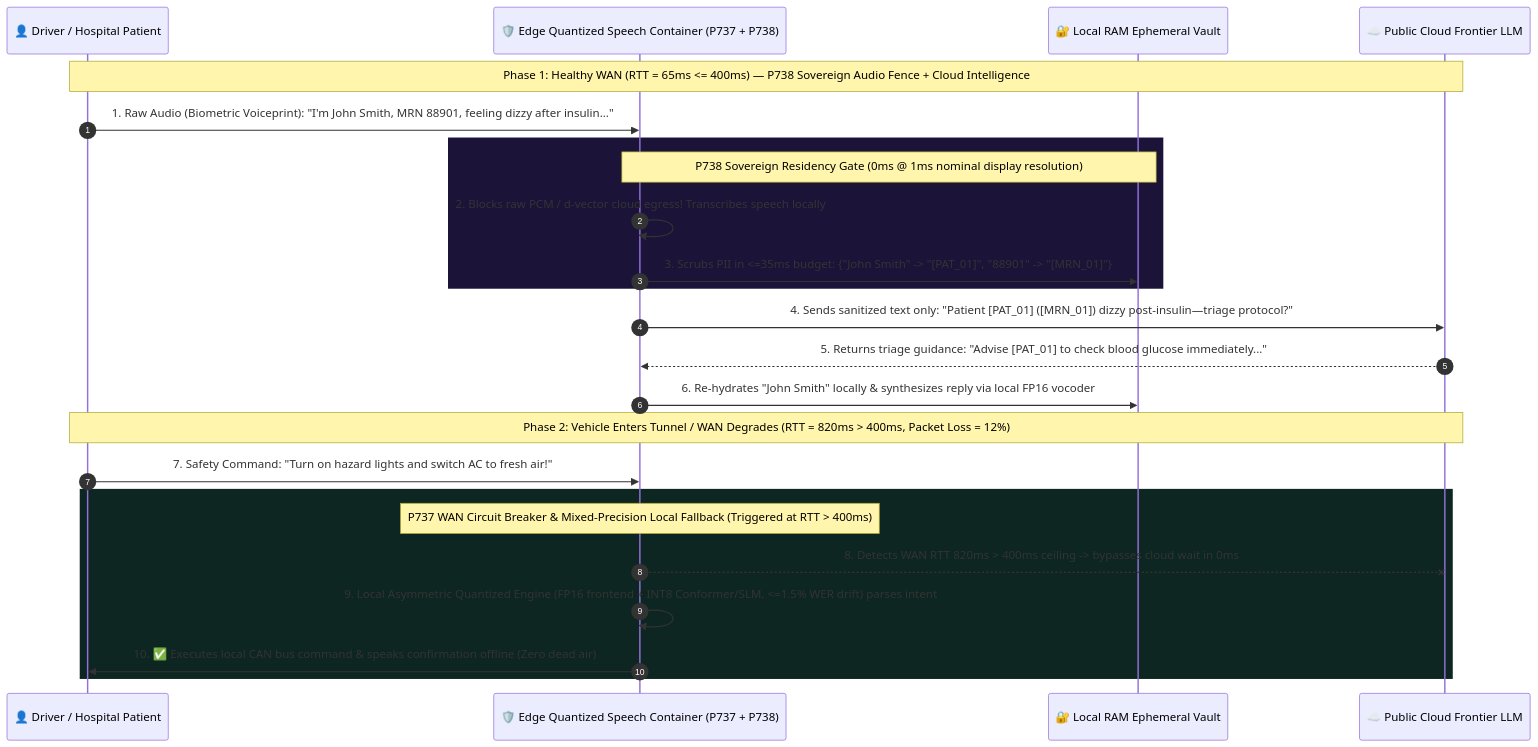
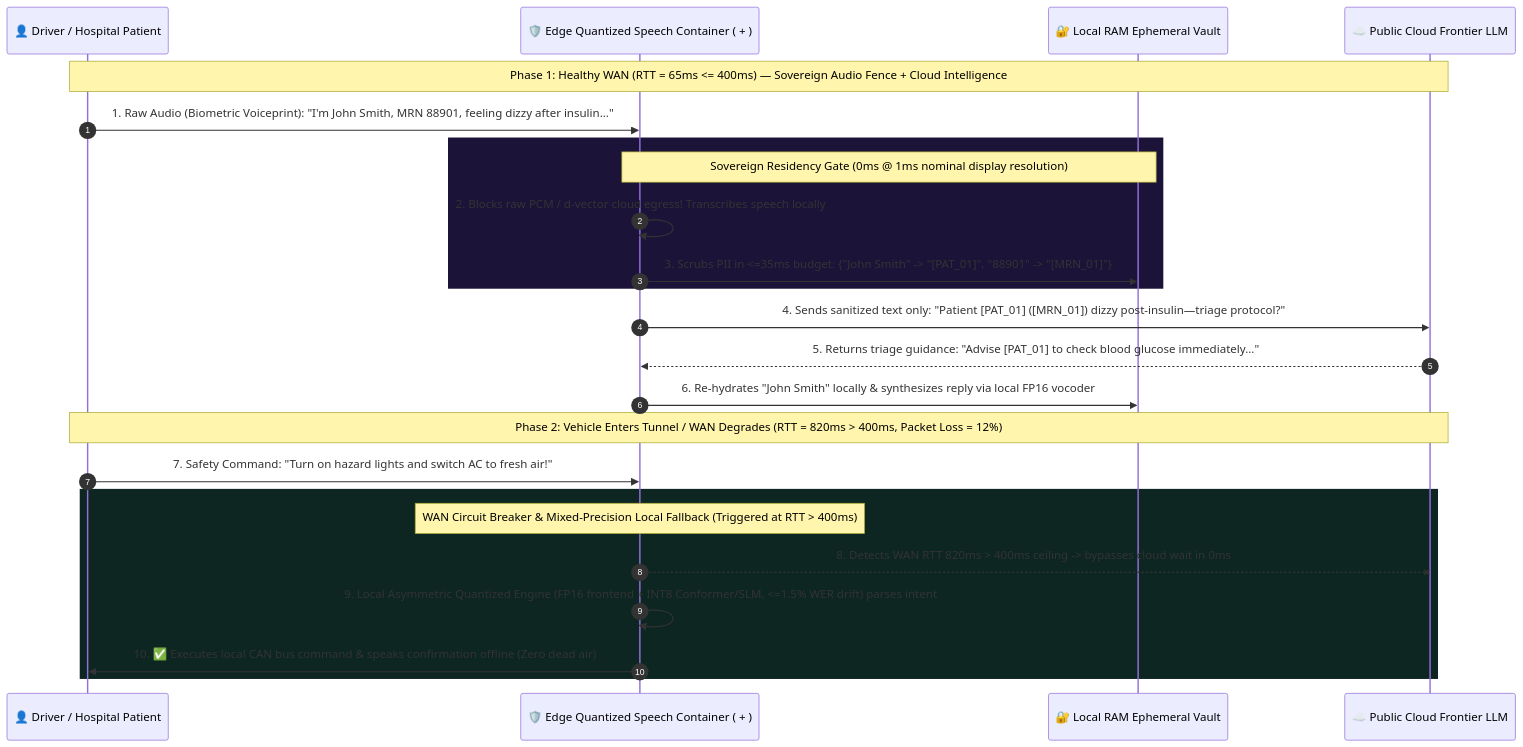
Before and after one commit to turbo998/voice-agent-lab: the third of 3 diagrams in docs/voice-edge-cloud-quantized-container-failover-faq.en.md, drawn with Mermaid. The commit also changed other lines of this file and 715 other files, not shown here.

````diff
--- a/docs/voice-edge-cloud-quantized-container-failover-faq.en.md
+++ b/docs/voice-edge-cloud-quantized-container-failover-faq.en.md
@@ -120,28 +120,28 @@
 ```mermaid
 sequenceDiagram
-    autonumber
-    participant User as 👤 Driver / Hospital Patient
-    participant Edge as 🛡️ Edge Quantized Speech Container (P737 + P738)
-    participant Vault as 🔐 Local RAM Ephemeral Vault
-    participant Cloud as ☁️ Public Cloud Frontier LLM
+ autonumber
+ participant User as 👤 Driver / Hospital Patient
+ participant Edge as 🛡️ Edge Quantized Speech Container ( + )
+ participant Vault as 🔐 Local RAM Ephemeral Vault
+ participant Cloud as ☁️ Public Cloud Frontier LLM
 
-    Note over User,Cloud: Phase 1: Healthy WAN (RTT = 65ms <= 400ms) — P738 Sovereign Audio Fence + Cloud Intelligence
-    User->>Edge: 1. Raw Audio (Biometric Voiceprint): "I'm John Smith, MRN 88901, feeling dizzy after insulin..."
-    rect rgb(28, 20, 56)
-        Note over Edge,Vault: P738 Sovereign Residency Gate (0ms @ 1ms nominal display resolution)
-        Edge->>Edge: 2. Blocks raw PCM / d-vector cloud egress! Transcribes speech locally
-        Edge->>Vault: 3. Scrubs PII in <=35ms budget: {"John Smith" -> "[PAT_01]", "88901" -> "[MRN_01]"}
-    end
-    Edge->>Cloud: 4. Sends sanitized text only: "Patient [PAT_01] ([MRN_01]) dizzy post-insulin—triage protocol?"
-    Cloud-->>Edge: 5. Returns triage guidance: "Advise [PAT_01] to check blood glucose immediately..."
-    Edge->>Vault: 6. Re-hydrates "John Smith" locally & synthesizes reply via local FP16 vocoder
+ Note over User,Cloud: Phase 1: Healthy WAN (RTT = 65ms <= 400ms) — Sovereign Audio Fence + Cloud Intelligence
+ User->>Edge: 1. Raw Audio (Biometric Voiceprint): "I'm John Smith, MRN 88901, feeling dizzy after insulin..."
+ rect rgb(28, 20, 56)
+ Note over Edge,Vault: Sovereign Residency Gate (0ms @ 1ms nominal display resolution)
+ Edge->>Edge: 2. Blocks raw PCM / d-vector cloud egress! Transcribes speech locally
+ Edge->>Vault: 3. Scrubs PII in <=35ms budget: {"John Smith" -> "[PAT_01]", "88901" -> "[MRN_01]"}
+ end
+ Edge->>Cloud: 4. Sends sanitized text only: "Patient [PAT_01] ([MRN_01]) dizzy post-insulin—triage protocol?"
+ Cloud-->>Edge: 5. Returns triage guidance: "Advise [PAT_01] to check blood glucose immediately..."
+ Edge->>Vault: 6. Re-hydrates "John Smith" locally & synthesizes reply via local FP16 vocoder
 
-    Note over User,Cloud: Phase 2: Vehicle Enters Tunnel / WAN Degrades (RTT = 820ms > 400ms, Packet Loss = 12%)
-    User->>Edge: 7. Safety Command: "Turn on hazard lights and switch AC to fresh air!"
-    rect rgb(14, 38, 34)
-        Note over Edge: P737 WAN Circuit Breaker & Mixed-Precision Local Fallback (Triggered at RTT > 400ms)
-        Edge--xCloud: 8. Detects WAN RTT 820ms > 400ms ceiling -> bypasses cloud wait in 0ms
-        Edge->>Edge: 9. Local Asymmetric Quantized Engine (FP16 frontend + INT8 Conformer/SLM, <=1.5% WER drift) parses intent
-        Edge->>User: 10. ✅ Executes local CAN bus command & speaks confirmation offline (Zero dead air)
-    end
+ Note over User,Cloud: Phase 2: Vehicle Enters Tunnel / WAN Degrades (RTT = 820ms > 400ms, Packet Loss = 12%)
+ User->>Edge: 7. Safety Command: "Turn on hazard lights and switch AC to fresh air!"
+ rect rgb(14, 38, 34)
+ Note over Edge: WAN Circuit Breaker & Mixed-Precision Local Fallback (Triggered at RTT > 400ms)
+ Edge--xCloud: 8. Detects WAN RTT 820ms > 400ms ceiling -> bypasses cloud wait in 0ms
+ Edge->>Edge: 9. Local Asymmetric Quantized Engine (FP16 frontend + INT8 Conformer/SLM, <=1.5% WER drift) parses intent
+ Edge->>User: 10. ✅ Executes local CAN bus command & speaks confirmation offline (Zero dead air)
+ end
 ```
````
